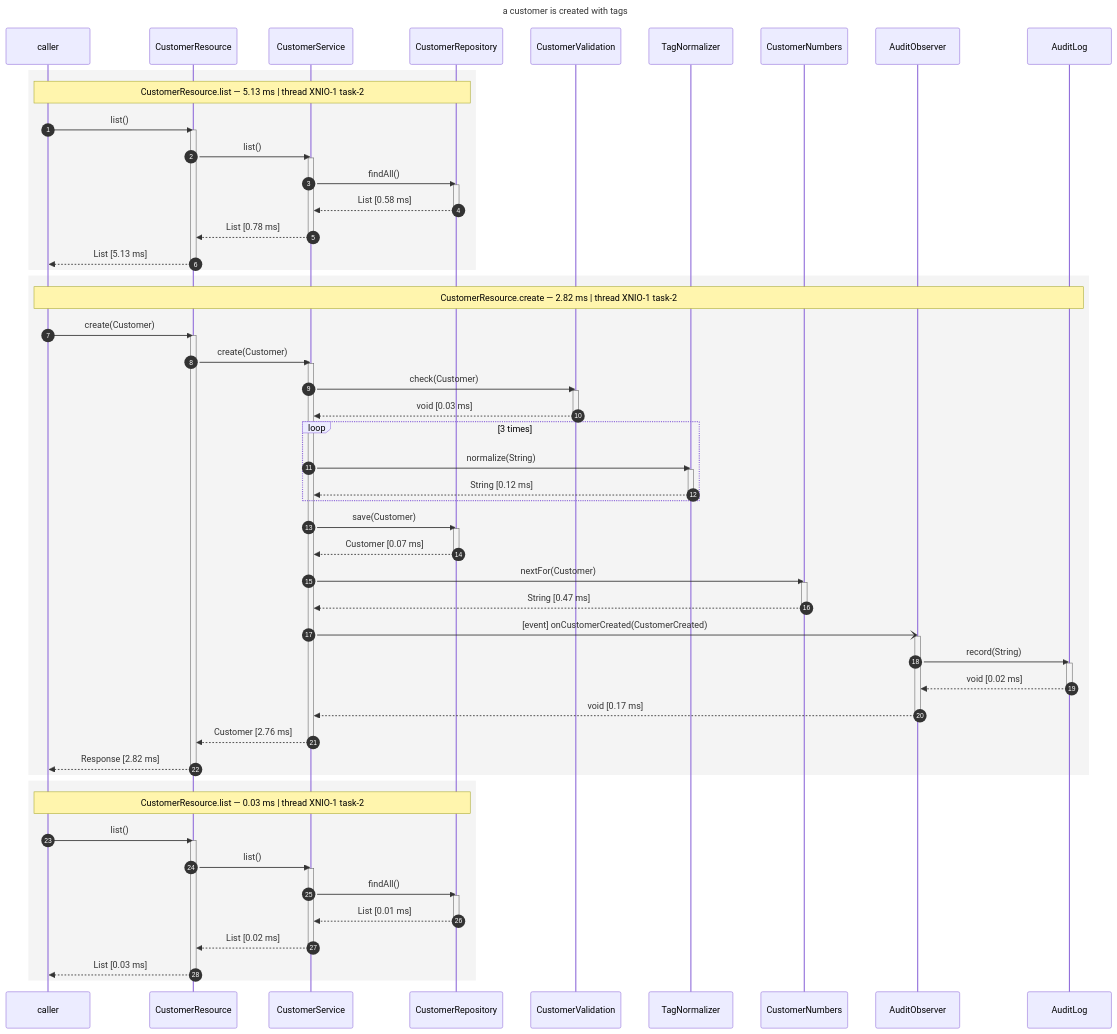
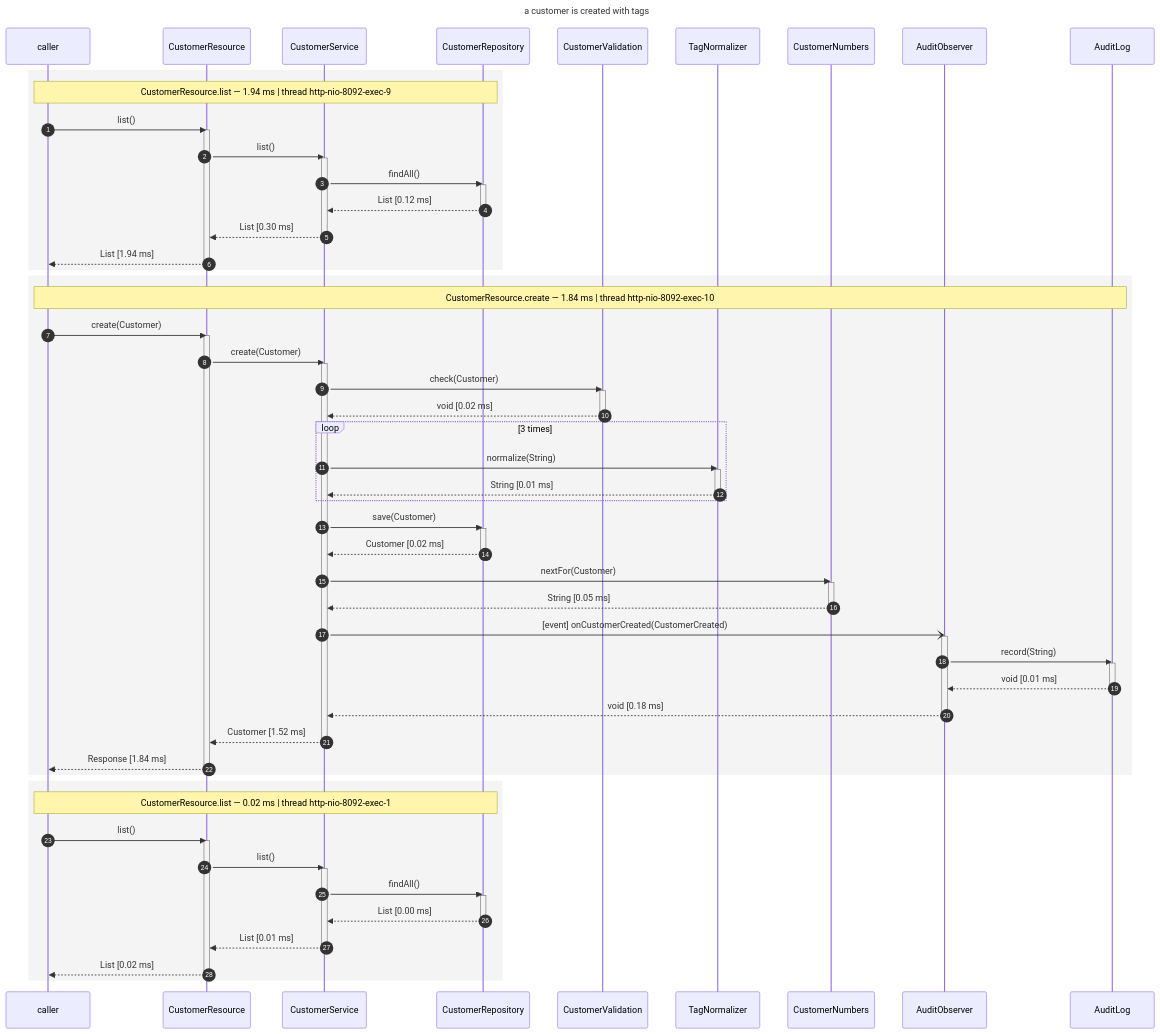
One commit to os890/dynamic-cdi-flow-renderer changed the first of 4 diagrams in cdi-flow-examples/cdi-flow-examples-jakarta-crud/README.md. Above: the diagram before and after it, drawn with Mermaid. The commit also changed other lines of this file and 10 other files, not shown here.

````diff
--- a/cdi-flow-examples/cdi-flow-examples-jakarta-crud/README.md
+++ b/cdi-flow-examples/cdi-flow-examples-jakarta-crud/README.md
@@ -109,70 +116,70 @@
     participant AuditObserver
     participant AuditLog
     rect rgb(244, 244, 244)
-        Note over Caller,CustomerRepository: CustomerResource.list — 5.13 ms | thread XNIO-1 task-2
+        Note over Caller,CustomerRepository: CustomerResource.list — 1.94 ms | thread http-nio-8092-exec-9
         Caller->>CustomerResource: list()
         activate CustomerResource
             CustomerResource->>CustomerService: list()
             activate CustomerService
                 CustomerService->>CustomerRepository: findAll()
                 activate CustomerRepository
-                CustomerRepository-->>CustomerService: List [0.58 ms]
+                CustomerRepository-->>CustomerService: List [0.12 ms]
                 deactivate CustomerRepository
-            CustomerService-->>CustomerResource: List [0.78 ms]
+            CustomerService-->>CustomerResource: List [0.30 ms]
             deactivate CustomerService
-        CustomerResource-->>Caller: List [5.13 ms]
+        CustomerResource-->>Caller: List [1.94 ms]
         deactivate CustomerResource
     end
     rect rgb(244, 244, 244)
-        Note over Caller,AuditLog: CustomerResource.create — 2.82 ms | thread XNIO-1 task-2
+        Note over Caller,AuditLog: CustomerResource.create — 1.84 ms | thread http-nio-8092-exec-10
         Caller->>CustomerResource: create(Customer)
         activate CustomerResource
             CustomerResource->>CustomerService: create(Customer)
             activate CustomerService
                 CustomerService->>CustomerValidation: check(Customer)
                 activate CustomerValidation
-                CustomerValidation-->>CustomerService: void [0.03 ms]
+                CustomerValidation-->>CustomerService: void [0.02 ms]
                 deactivate CustomerValidation
                 loop 3 times
                     CustomerService->>TagNormalizer: normalize(String)
                     activate TagNormalizer
-                    TagNormalizer-->>CustomerService: String [0.12 ms]
+                    TagNormalizer-->>CustomerService: String [0.01 ms]
                     deactivate TagNormalizer
                 end
                 CustomerService->>CustomerRepository: save(Customer)
                 activate CustomerRepository
-                CustomerRepository-->>CustomerService: Customer [0.07 ms]
+                CustomerRepository-->>CustomerService: Customer [0.02 ms]
                 deactivate CustomerRepository
                 CustomerService->>CustomerNumbers: nextFor(Customer)
                 activate CustomerNumbers
-                CustomerNumbers-->>CustomerService: String [0.47 ms]
+                CustomerNumbers-->>CustomerService: String [0.05 ms]
                 deactivate CustomerNumbers
                 CustomerService-)AuditObserver: [event] onCustomerCreated(CustomerCreated)
                 activate AuditObserver
                     AuditObserver->>AuditLog: record(String)
                     activate AuditLog
-                    AuditLog-->>AuditObserver: void [0.02 ms]
+                    AuditLog-->>AuditObserver: void [0.01 ms]
                     deactivate AuditLog
-                AuditObserver-->>CustomerService: void [0.17 ms]
+                AuditObserver-->>CustomerService: void [0.18 ms]
                 deactivate AuditObserver
-            CustomerService-->>CustomerResource: Customer [2.76 ms]
+            CustomerService-->>CustomerResource: Customer [1.52 ms]
             deactivate CustomerService
-        CustomerResource-->>Caller: Response [2.82 ms]
+        CustomerResource-->>Caller: Response [1.84 ms]
         deactivate CustomerResource
     end
     rect rgb(244, 244, 244)
-        Note over Caller,CustomerRepository: CustomerResource.list — 0.03 ms | thread XNIO-1 task-2
+        Note over Caller,CustomerRepository: CustomerResource.list — 0.02 ms | thread http-nio-8092-exec-1
         Caller->>CustomerResource: list()
         activate CustomerResource
             CustomerResource->>CustomerService: list()
             activate CustomerService
                 CustomerService->>CustomerRepository: findAll()
                 activate CustomerRepository
-                CustomerRepository-->>CustomerService: List [0.01 ms]
+                CustomerRepository-->>CustomerService: List [0.00 ms]
                 deactivate CustomerRepository
-            CustomerService-->>CustomerResource: List [0.02 ms]
+            CustomerService-->>CustomerResource: List [0.01 ms]
             deactivate CustomerService
-        CustomerResource-->>Caller: List [0.03 ms]
+        CustomerResource-->>Caller: List [0.02 ms]
         deactivate CustomerResource
     end
 ```
````
